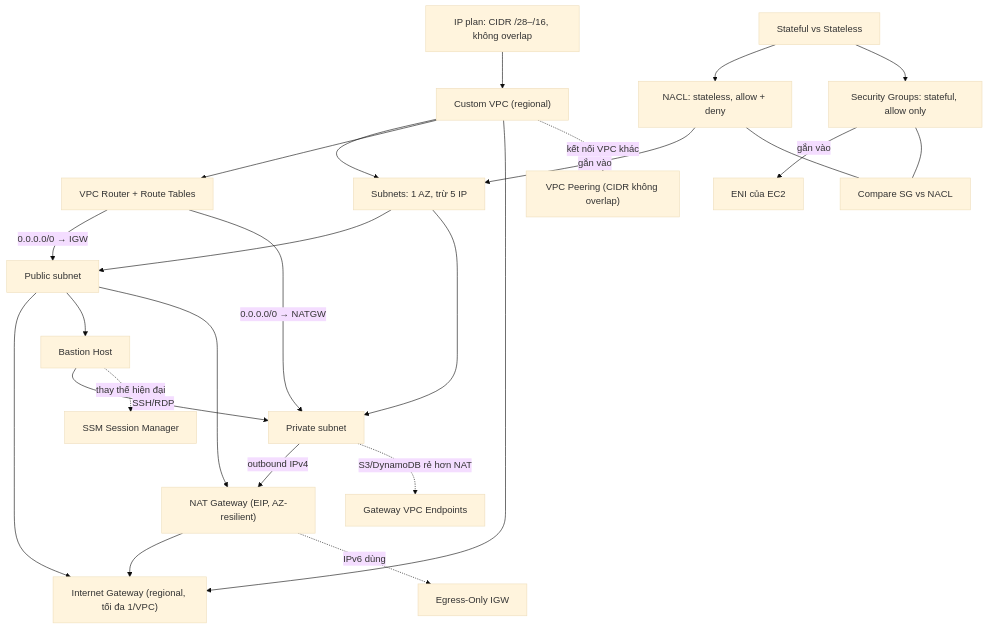
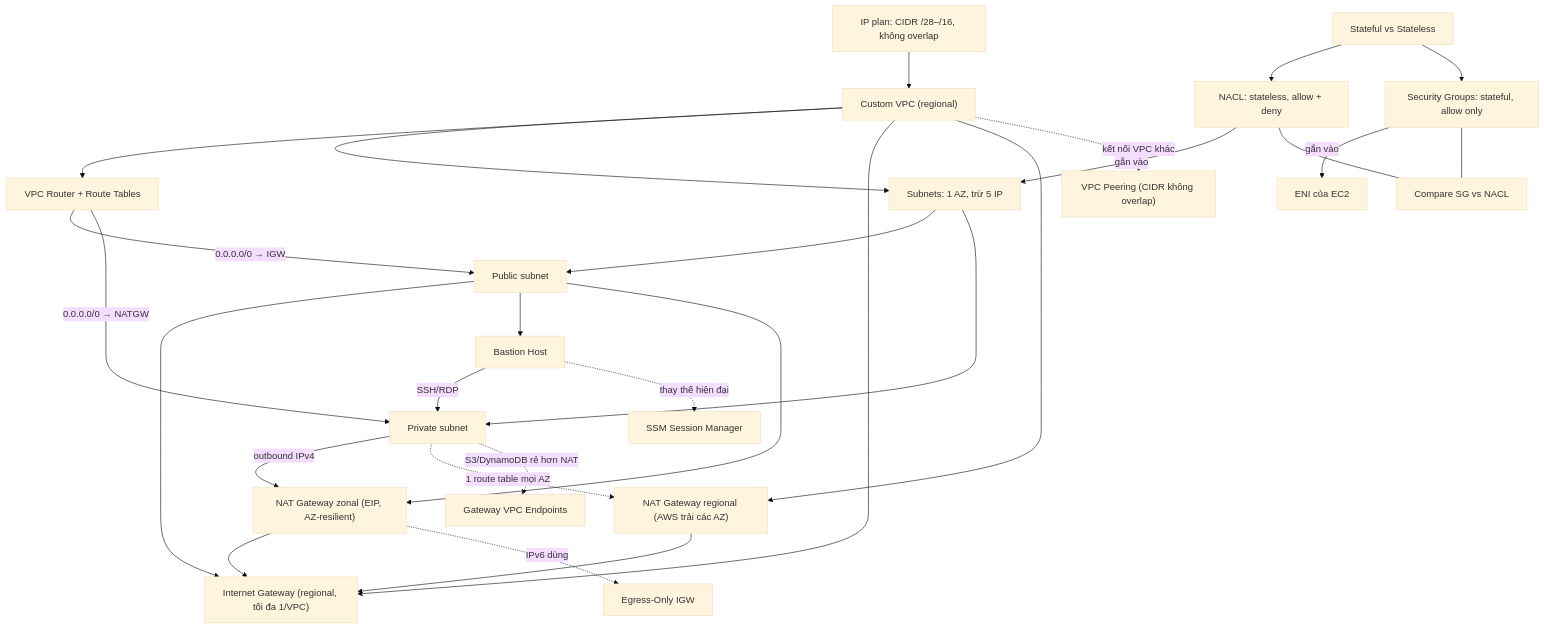
Before and after one commit to hairbui76/aws-saa-c03: the diagram in data/06 VPC Basics/_MOC 06 VPC Basics.md, drawn with Mermaid (base theme). The commit also changed other lines of this file and 30 other files, not shown here.

````diff
--- a/data/06 VPC Basics/_MOC 06 VPC Basics.md
+++ b/data/06 VPC Basics/_MOC 06 VPC Basics.md
@@ -24,27 +24,30 @@
 ```mermaid
 flowchart TB
   PLAN["IP plan: CIDR /28–/16, không overlap"] --> VPC["Custom VPC (regional)"]
   VPC --> SUB["Subnets: 1 AZ, trừ 5 IP"]
   VPC --> RT["VPC Router + Route Tables"]
   VPC --> IGW["Internet Gateway (regional, tối đa 1/VPC)"]
   RT -->|"0.0.0.0/0 → IGW"| PUB["Public subnet"]
   RT -->|"0.0.0.0/0 → NATGW"| PRIV["Private subnet"]
   SUB --> PUB
   SUB --> PRIV
   PUB --> IGW
   PUB --> BAS["Bastion Host"]
-  PUB --> NAT["NAT Gateway (EIP, AZ-resilient)"]
+  PUB --> NAT["NAT Gateway zonal (EIP, AZ-resilient)"]
   PRIV -->|"outbound IPv4"| NAT
   NAT --> IGW
+  VPC --> RNAT["NAT Gateway regional (AWS trải các AZ)"]
+  PRIV -.->|"1 route table mọi AZ"| RNAT
+  RNAT --> IGW
   BAS -->|"SSH/RDP"| PRIV
   SF["Stateful vs Stateless"] --> NACL["NACL: stateless, allow + deny"]
   SF --> SG["Security Groups: stateful, allow only"]
   NACL -->|"gắn vào"| SUB
   SG -->|"gắn vào"| ENI["ENI của EC2"]
   NACL --- CMP["Compare SG vs NACL"]
   SG --- CMP
   NAT -.->|"IPv6 dùng"| EIGW["Egress-Only IGW"]
   PRIV -.->|"S3/DynamoDB rẻ hơn NAT"| GWE["Gateway VPC Endpoints"]
   BAS -.->|"thay thế hiện đại"| SSM["SSM Session Manager"]
   VPC -.->|"kết nối VPC khác"| PEER["VPC Peering (CIDR không overlap)"]
 ```
````
